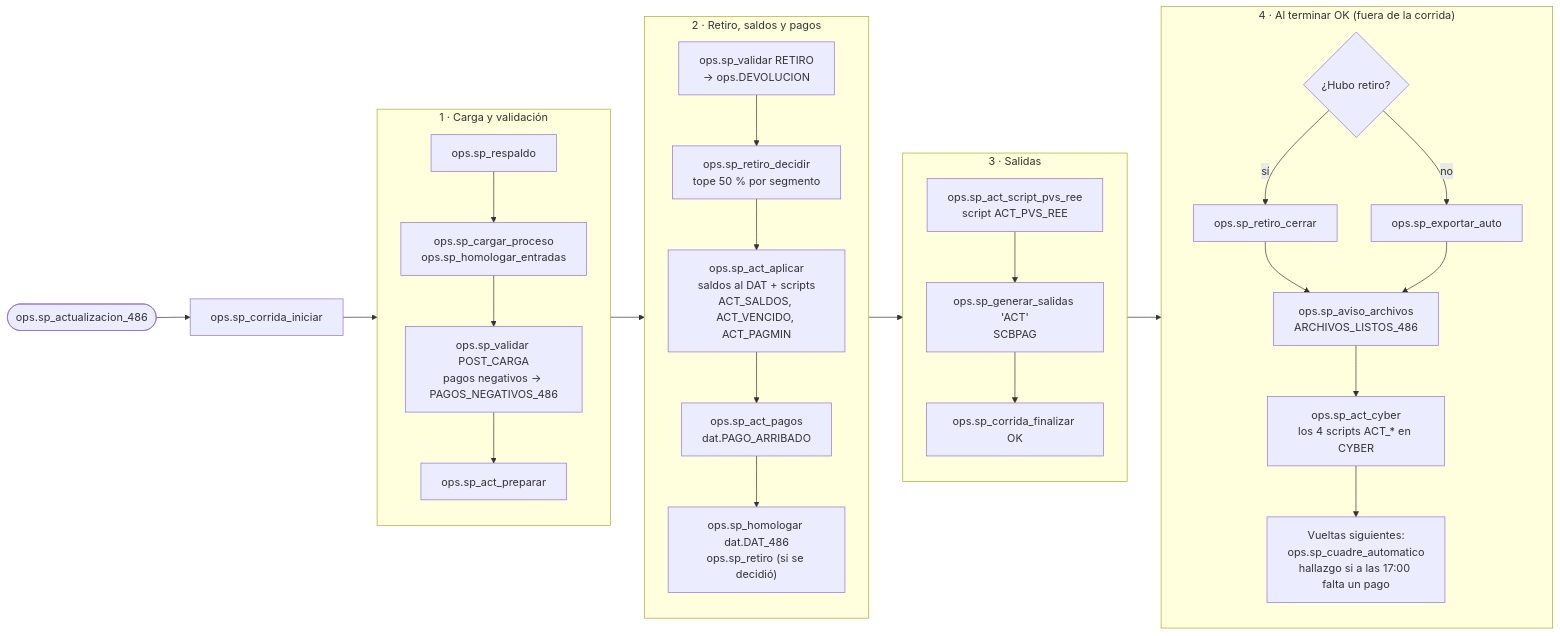
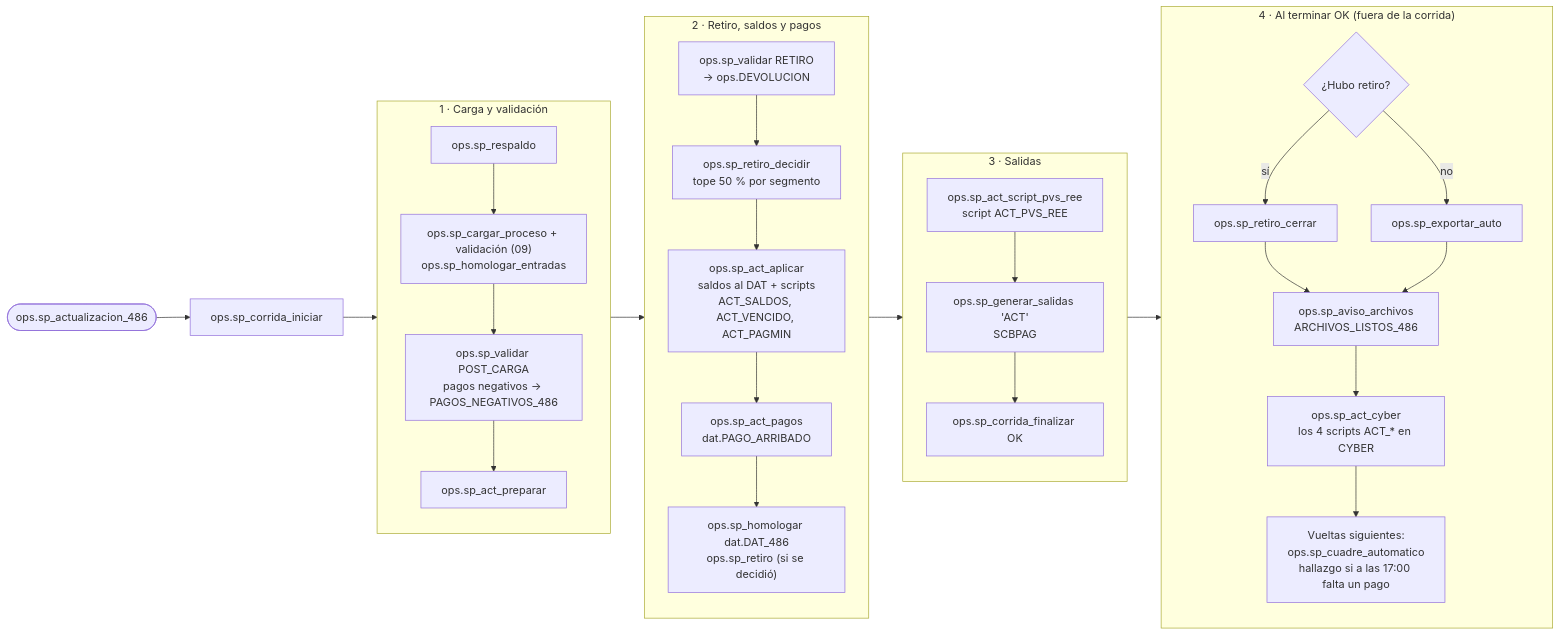
The diagram in docs/flujo/mmd/04_actualizacion.mmd (0marMF/Banbaj), drawn with Mermaid before and after one commit. The commit also changed 7 other files, not shown here.

First line of the commit message:
mail.sp_enviar: valores largos (tablas HTML) ya no truncan el asunto; diagrama 09

```diff
--- a/docs/flujo/mmd/04_actualizacion.mmd
+++ b/docs/flujo/mmd/04_actualizacion.mmd
@@ -1,33 +1,33 @@
 flowchart LR
     S(["ops.sp_actualizacion_486"]) --> S1["ops.sp_corrida_iniciar"]
     subgraph F1["1 · Carga y validación"]
         direction TB
-        A1["ops.sp_respaldo"] --> A2["ops.sp_cargar_proceso<br/>ops.sp_homologar_entradas"]
+        A1["ops.sp_respaldo"] --> A2["ops.sp_cargar_proceso + validación (09)<br/>ops.sp_homologar_entradas"]
         A2 --> A3["ops.sp_validar POST_CARGA<br/>pagos negativos → PAGOS_NEGATIVOS_486"]
         A3 --> A4["ops.sp_act_preparar"]
     end
     subgraph F2["2 · Retiro, saldos y pagos"]
         direction TB
         A5["ops.sp_validar RETIRO<br/>→ ops.DEVOLUCION"] --> A6["ops.sp_retiro_decidir<br/>tope 50 % por segmento"]
         A6 --> A7["ops.sp_act_aplicar<br/>saldos al DAT + scripts<br/>ACT_SALDOS, ACT_VENCIDO, ACT_PAGMIN"]
         A7 --> A8["ops.sp_act_pagos<br/>dat.PAGO_ARRIBADO"]
         A8 --> A9["ops.sp_homologar dat.DAT_486<br/>ops.sp_retiro (si se decidió)"]
     end
     subgraph F3["3 · Salidas"]
         direction TB
         A10["ops.sp_act_script_pvs_ree<br/>script ACT_PVS_REE"] --> A11["ops.sp_generar_salidas 'ACT'<br/>SCBPAG"]
         A11 --> A12["ops.sp_corrida_finalizar OK"]
     end
     subgraph F4["4 · Al terminar OK (fuera de la corrida)"]
         direction TB
         P1{"¿Hubo retiro?"} -- sí --> P2["ops.sp_retiro_cerrar"]
         P1 -- no --> P3["ops.sp_exportar_auto"]
         P2 --> P4["ops.sp_aviso_archivos<br/>ARCHIVOS_LISTOS_486"]
         P3 --> P4
         P4 --> P5["ops.sp_act_cyber<br/>los 4 scripts ACT_* en CYBER"]
         P5 --> P6["Vueltas siguientes:<br/>ops.sp_cuadre_automatico<br/>hallazgo si a las 17:00 falta un pago"]
     end
     S1 --> A1
     A4 --> A5
     A9 --> A10
     A12 --> P1
```
